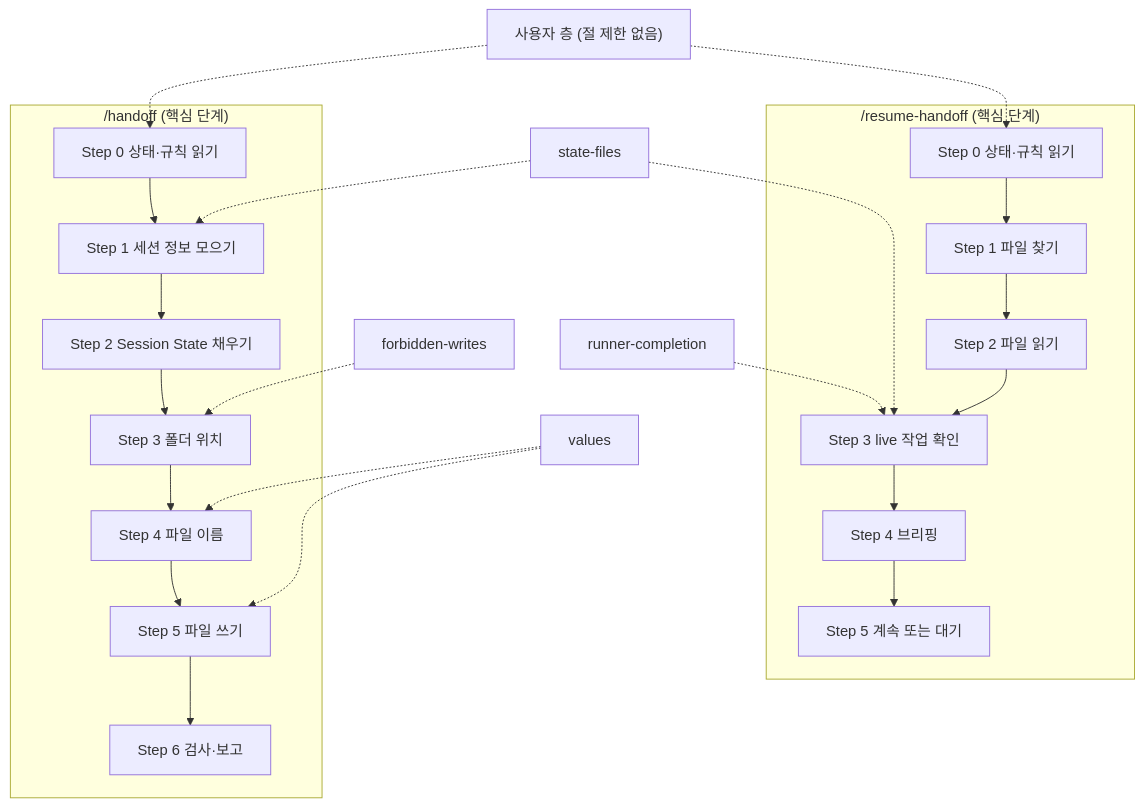
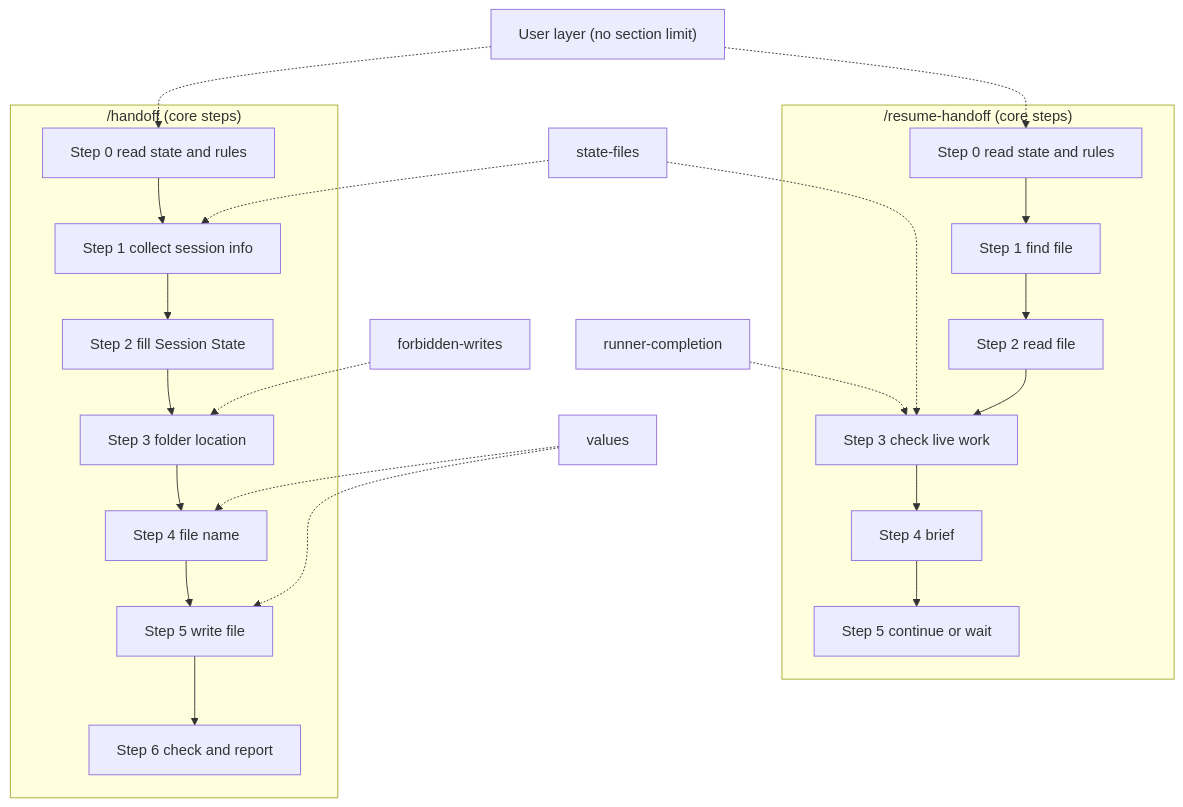
The third of 3 diagrams in README.md (ai-dev-methodologies/session-handoff), drawn with Mermaid before and after one commit. The commit also changed other lines of this file and 16 other files, not shown here.

First line of the commit message:
feat: 2026.11.09-1 newer-handoff guard, secret check, Constraints, English README

````diff
--- a/README.md
+++ b/README.md
@@ -252,26 +258,26 @@
 ```mermaid
 flowchart TD
-    subgraph W["/handoff (핵심 단계)"]
-        W0["Step 0 상태·규칙 읽기"] --> W1["Step 1 세션 정보 모으기"]
-        W1 --> W2["Step 2 Session State 채우기"]
-        W2 --> W3["Step 3 폴더 위치"]
-        W3 --> W4["Step 4 파일 이름"]
-        W4 --> W5["Step 5 파일 쓰기"]
-        W5 --> W6["Step 6 검사·보고"]
+    subgraph W["/handoff (core steps)"]
+        W0["Step 0 read state and rules"] --> W1["Step 1 collect session info"]
+        W1 --> W2["Step 2 fill Session State"]
+        W2 --> W3["Step 3 folder location"]
+        W3 --> W4["Step 4 file name"]
+        W4 --> W5["Step 5 write file"]
+        W5 --> W6["Step 6 check and report"]
     end
-    subgraph R["/resume-handoff (핵심 단계)"]
-        R0["Step 0 상태·규칙 읽기"] --> R1["Step 1 파일 찾기"]
-        R1 --> R2["Step 2 파일 읽기"]
-        R2 --> R3["Step 3 live 작업 확인"]
-        R3 --> R4["Step 4 브리핑"]
-        R4 --> R5["Step 5 계속 또는 대기"]
+    subgraph R["/resume-handoff (core steps)"]
+        R0["Step 0 read state and rules"] --> R1["Step 1 find file"]
+        R1 --> R2["Step 2 read file"]
+        R2 --> R3["Step 3 check live work"]
+        R3 --> R4["Step 4 brief"]
+        R4 --> R5["Step 5 continue or wait"]
     end
-    U["사용자 층 (절 제한 없음)"] -.-> W0
+    U["User layer (no section limit)"] -.-> W0
     U -.-> R0
     P1["state-files"] -.-> W1
     P1 -.-> R3
     P2["forbidden-writes"] -.-> W3
     P3["values"] -.-> W4
     P3 -.-> W5
     P4["runner-completion"] -.-> R3
 ```
````
